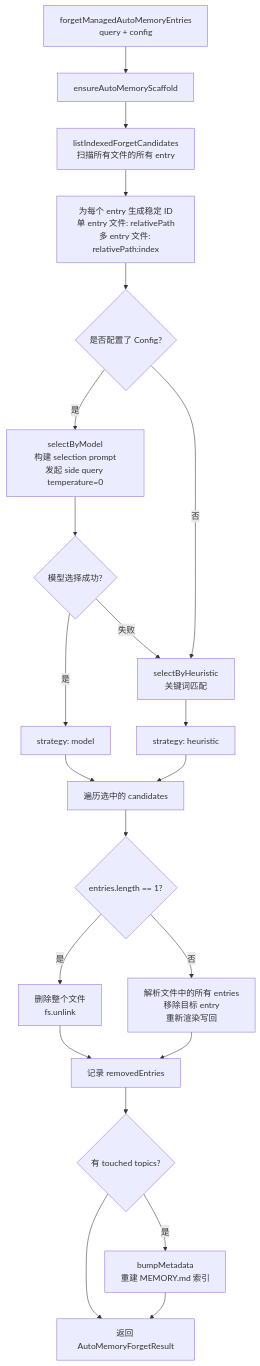
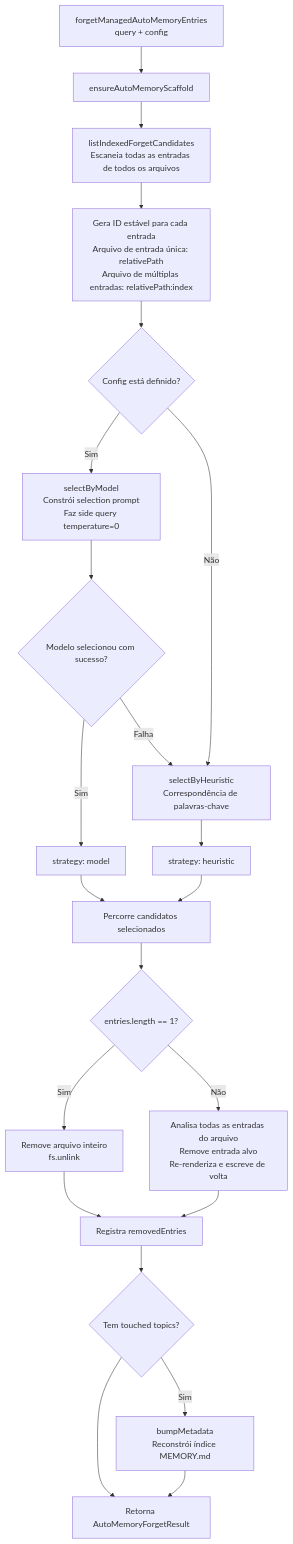
Before and after one commit to QwenLM/qwen-code-docs: the seventh of 7 diagrams in website/content/pt-BR/design/auto-memory/memory-system.md, drawn with Mermaid. The commit also changed other lines of this file and 471 other files, not shown here.

````diff
--- a/website/content/pt-BR/design/auto-memory/memory-system.md
+++ b/website/content/pt-BR/design/auto-memory/memory-system.md
@@ -401,24 +400,24 @@
 ```mermaid
 flowchart TD
     A[forgetManagedAutoMemoryEntries\nquery + config] --> B[ensureAutoMemoryScaffold]
-    B --> C[listIndexedForgetCandidates\n扫描所有文件的所有 entry]
-    C --> D[为每个 entry 生成稳定 ID\n单 entry 文件: relativePath\n多 entry 文件: relativePath:index]
-    D --> E{是否配置了 Config?}
-    E -- 是 --> F[selectByModel\n构建 selection prompt\n发起 side query temperature=0]
-    F --> G{模型选择成功?}
-    G -- 是 --> H[strategy: model]
-    G -- 失败 --> I[selectByHeuristic\n关键词匹配]
-    E -- 否 --> I
+    B --> C[listIndexedForgetCandidates\nEscaneia todas as entradas de todos os arquivos]
+    C --> D[Gera ID estável para cada entrada\nArquivo de entrada única: relativePath\nArquivo de múltiplas entradas: relativePath:index]
+    D --> E{Config está definido?}
+    E -- Sim --> F[selectByModel\nConstrói selection prompt\nFaz side query temperature=0]
+    F --> G{Modelo selecionou com sucesso?}
+    G -- Sim --> H[strategy: model]
+    G -- Falha --> I[selectByHeuristic\nCorrespondência de palavras-chave]
+    E -- Não --> I
     I --> J[strategy: heuristic]
-    H --> K[遍历选中的 candidates]
+    H --> K[Percorre candidatos selecionados]
     J --> K
     K --> L{entries.length == 1?}
-    L -- 是 --> M[删除整个文件\nfs.unlink]
-    L -- 否 --> N[解析文件中的所有 entries\n移除目标 entry\n重新渲染写回]
-    M --> O[记录 removedEntries]
+    L -- Sim --> M[Remove arquivo inteiro\nfs.unlink]
+    L -- Não --> N[Analisa todas as entradas do arquivo\nRemove entrada alvo\nRe-renderiza e escreve de volta]
+    M --> O[Registra removedEntries]
     N --> O
-    O --> P{有 touched topics?}
-    P -- 是 --> Q[bumpMetadata\n重建 MEMORY.md 索引]
-    P --> R[返回 AutoMemoryForgetResult]
+    O --> P{Tem touched topics?}
+    P -- Sim --> Q[bumpMetadata\nReconstrói índice MEMORY.md]
+    P --> R[Retorna AutoMemoryForgetResult]
     Q --> R
 ```
````
